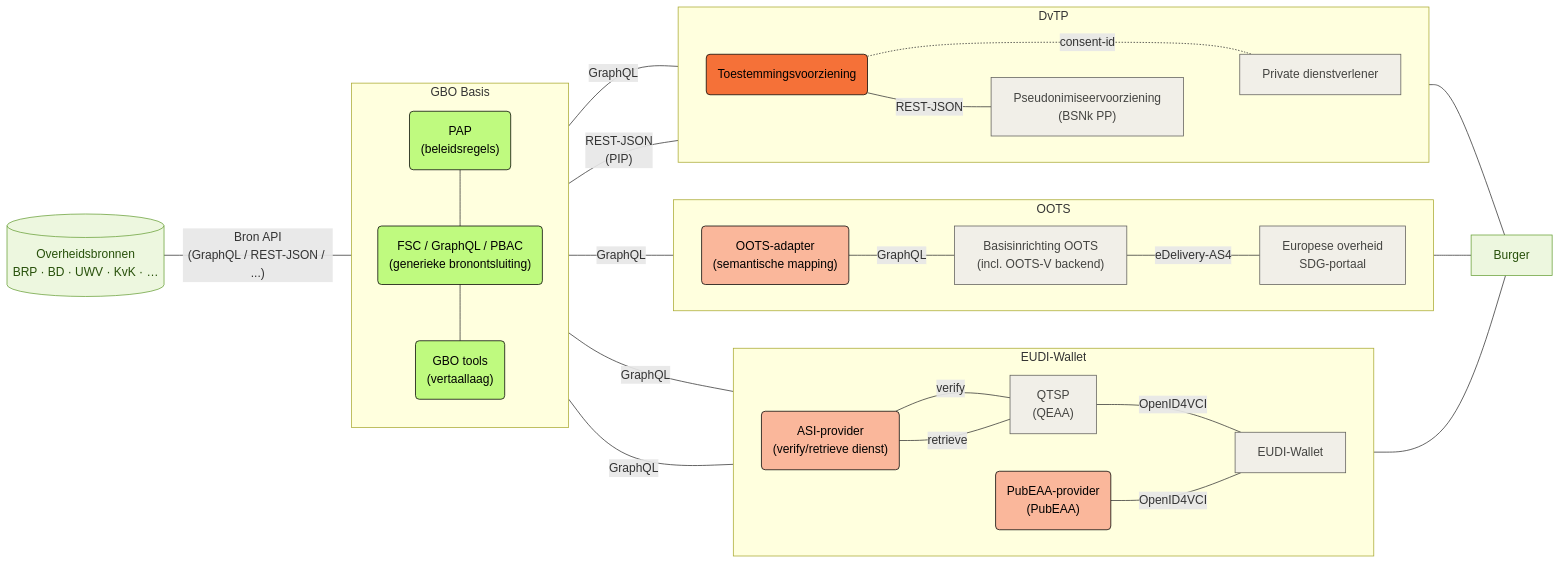
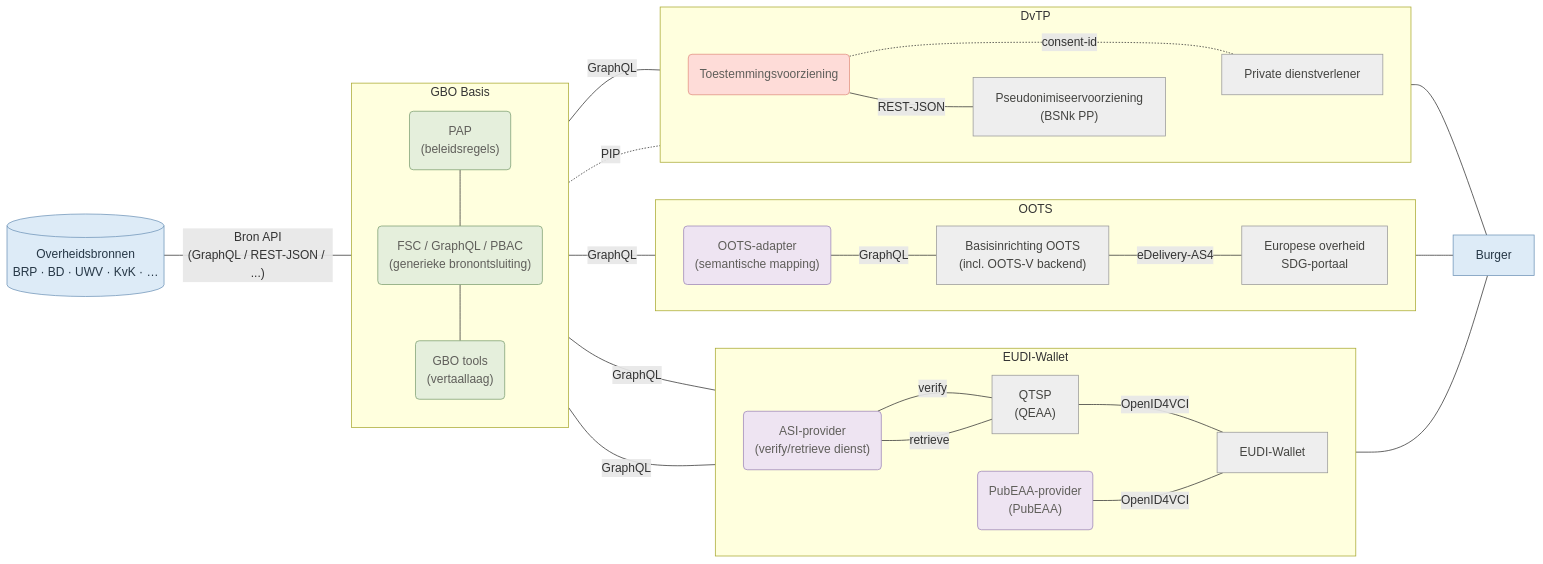
The diagram in main/diagrammen/gbo_swimlanes.mmd (ICTU/GBO-GO), drawn with Mermaid before and after one commit. The commit also changed 6 other files, not shown here.

```diff
--- a/main/diagrammen/gbo_swimlanes.mmd
+++ b/main/diagrammen/gbo_swimlanes.mmd
@@ -1,71 +1,71 @@
 flowchart LR
   subgraph gbo["GBO Basis"]
     direction TB
         fsc_pap("PAP<br/>(beleidsregels)")
         fsc("FSC / GraphQL / PBAC<br/>(generieke bronontsluiting)")
         fsc_tools("GBO tools<br/>(vertaallaag)")
   end
   subgraph eudi["EUDI-Wallet"]
     direction LR
         eudi_asi("ASI-provider<br/>(verify/retrieve dienst)")
         eudi_pubeaa("PubEAA-provider<br/>(PubEAA)")
         eudi_qeaa["QTSP<br/>(QEAA)"]
         eudi_wallet["EUDI-Wallet"]
   end
   subgraph oots["OOTS"]
     direction LR
         oots_adapter("OOTS-adapter<br/>(semantische mapping)")
         oots_basis["Basisinrichting OOTS<br/>(incl. OOTS-V backend)"]
         oots_afnemer["Europese overheid<br/>SDG-portaal"]
   end
   subgraph dvtp["DvTP"]
     direction LR
         dvtp_toestemming("Toestemmingsvoorziening")
         dvtp_pseudoniem["Pseudonimiseervoorziening<br/>(BSNk PP)"]
         dvtp_afnemer["Private dienstverlener"]
   end
 
   fsc_pap --- fsc
   fsc --- fsc_tools
   bron[("Overheidsbronnen<br/>BRP · BD · UWV · KvK · …")] -- Bron API<br/>(GraphQL / REST-JSON / ...) --- gbo
   eudi_asi -- verify --- eudi_qeaa
   eudi_asi -- retrieve --- eudi_qeaa
   eudi_qeaa -- OpenID4VCI --- eudi_wallet
   gbo -- GraphQL --- eudi_asi & eudi_pubeaa & oots_adapter & dvtp_afnemer
   eudi_asi ~~~ eudi_pubeaa
   eudi_pubeaa -- OpenID4VCI --- eudi_wallet
   oots_adapter -- GraphQL --- oots_basis
   oots_basis -- eDelivery-AS4 --- oots_afnemer
-  gbo -- REST-JSON<br/>(PIP) --- dvtp_toestemming
+  gbo -. PIP .- dvtp_toestemming
   dvtp_toestemming -. consent-id .- dvtp_afnemer
   dvtp_toestemming -- REST-JSON --- dvtp_pseudoniem
   dvtp_pseudoniem ~~~ dvtp_afnemer
   eudi_wallet --- burger["Burger"]
   oots_afnemer --- burger
   dvtp_afnemer --- burger
 
   fsc_pap:::gbo_d
   fsc:::gbo_d
   fsc_tools:::gbo_d
   eudi_asi:::gbo_k
   eudi_pubeaa:::gbo_k
   eudi_qeaa:::eudi
   eudi_wallet:::eudi
   oots_adapter:::gbo_k
   oots_basis:::oots
   oots_afnemer:::oots
   dvtp_toestemming:::gbo_c
   dvtp_pseudoniem:::dvtp
   dvtp_afnemer:::dvtp
   bron:::bron
   burger:::burger
 
-  classDef bron fill:#edf7df,stroke:#6aa13a,color:#27500a
+  classDef bron fill:#DDEBF7,stroke:#6F94B8,color:#263746
   classDef generiek fill:#f1efe8,stroke:#5f5e5a,color:#444441
-  classDef eudi fill:#f1efe8,stroke:#5f5e5a,color:#444441
-  classDef oots fill:#f1efe8,stroke:#5f5e5a,color:#444441
-  classDef dvtp fill:#f1efe8,stroke:#5f5e5a,color:#444441
-  classDef gbo_k fill:#FAB79B,stroke:#000000,color:#000000
-  classDef gbo_c fill:#F57138,stroke:#000000,color:#000000
-  classDef gbo_d fill:#BFFA7F,stroke:#000000,color:#000000
-  classDef burger fill:#edf7df,stroke:#6aa13a,color:#27500a
+  classDef eudi fill:#EEEEEE,stroke:#999999,color:#444441
+  classDef oots fill:#EEEEEE,stroke:#999999,color:#444441
+  classDef dvtp fill:#EEEEEE,stroke:#999999,color:#444441
+  classDef gbo_k fill:#EEE4F2,stroke:#9C86B7,color:#5f5e5a
+  classDef gbo_c fill:#FEDCD8,stroke:#E28F80,color:#5f5e5a
+  classDef gbo_d fill:#E5EFDC,stroke:#7E9F72,color:#5f5e5a
+  classDef burger fill:#DDEBF7,stroke:#6F94B8,color:#263746
```
